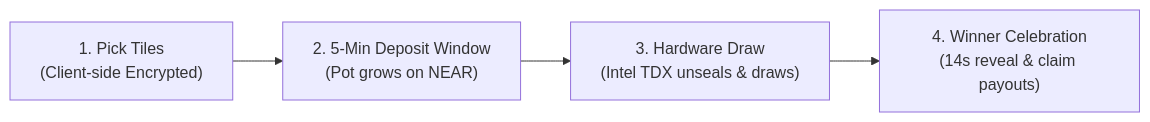
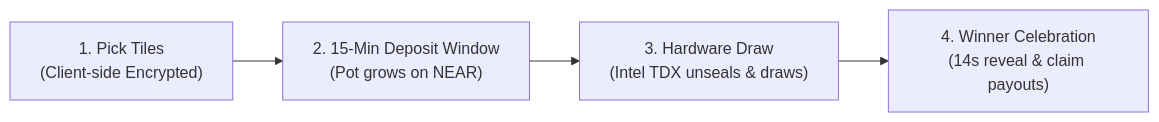
Before and after one commit to tutuluuuioj/amstr: the first of 2 diagrams in README.md, drawn with Mermaid. The commit also changed other lines of this file and 2 other files, not shown here.

Commit message:
feat(config): update deposit window to 15 minutes (900 blocks)

````diff
--- a/README.md
+++ b/README.md
@@ -37,6 +37,6 @@
 ```mermaid
 flowchart LR
-    A["1. Pick Tiles<br/>(Client-side Encrypted)"] --> B["2. 5-Min Deposit Window<br/>(Pot grows on NEAR)"]
+    A["1. Pick Tiles<br/>(Client-side Encrypted)"] --> B["2. 15-Min Deposit Window<br/>(Pot grows on NEAR)"]
     B --> C["3. Hardware Draw<br/>(Intel TDX unseals & draws)"]
     C --> D["4. Winner Celebration<br/>(14s reveal & claim payouts)"]
 ```
````
